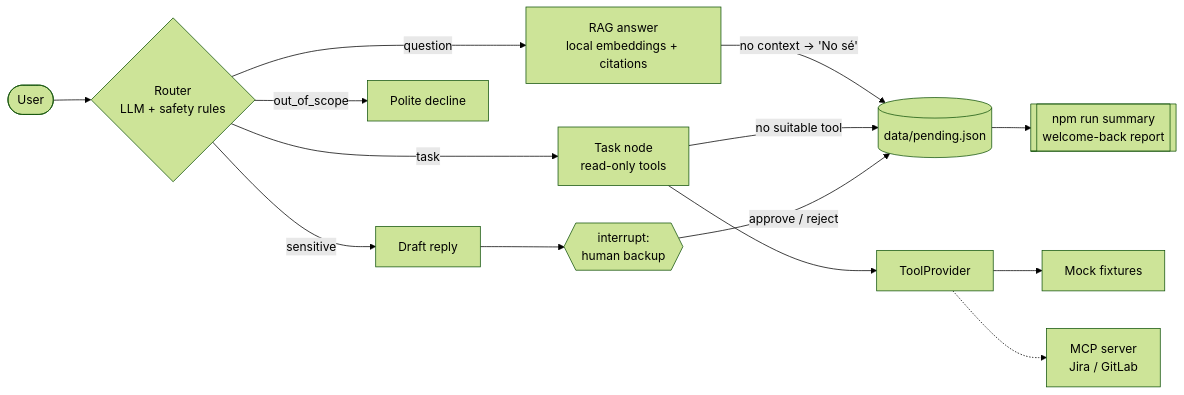
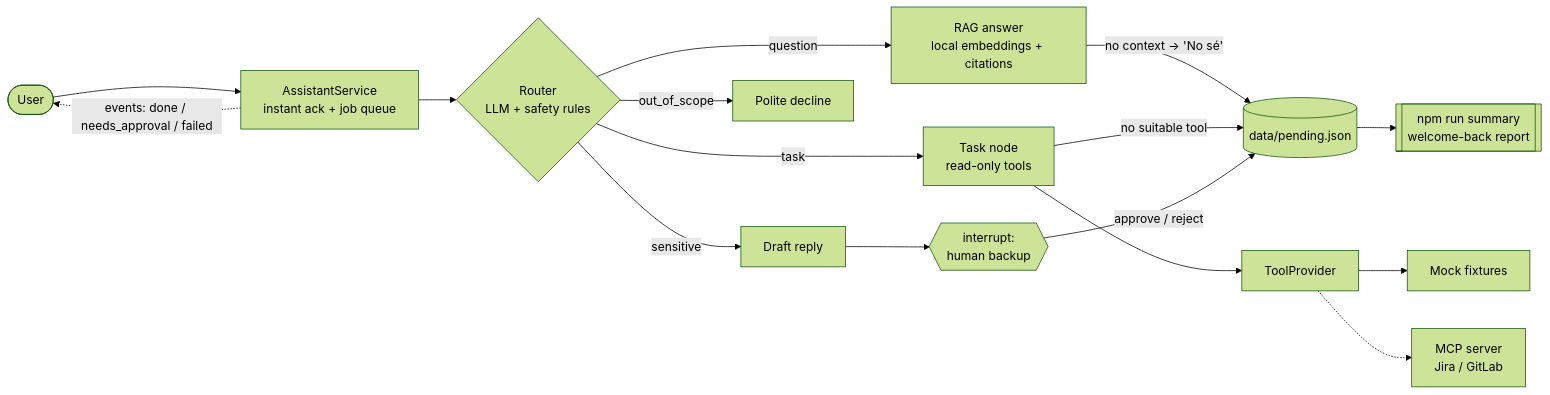
One commit to serranitoFlock/suplente-digital changed the diagram in README.md. Above: the diagram before and after it, drawn with Mermaid (forest theme). The commit also changed other lines of this file and 10 other files, not shown here.

````diff
--- a/README.md
+++ b/README.md
@@ -13,15 +13,17 @@
 ```mermaid
 flowchart LR
-    U([User]) --> R{Router<br/>LLM + safety rules}
+    U([User]) --> SV[AssistantService<br/>instant ack + job queue]
+    SV -. "events: done / needs_approval / failed" .-> U
+    SV --> R{Router<br/>LLM + safety rules}
     R -- question --> A[RAG answer<br/>local embeddings + citations]
     R -- task --> T[Task node<br/>read-only tools]
     R -- sensitive --> D[Draft reply] --> H{{interrupt:<br/>human backup}}
     R -- out_of_scope --> O[Polite decline]
     A -- "no context → 'No sé'" --> P[(data/pending.json)]
     T -- no suitable tool --> P
     H -- approve / reject --> P
     T --> TP[ToolProvider]
     TP --> M[Mock fixtures]
     TP -.-> MCP[MCP server<br/>Jira / GitLab]
     P --> S[[npm run summary<br/>welcome-back report]]
 ```
````
